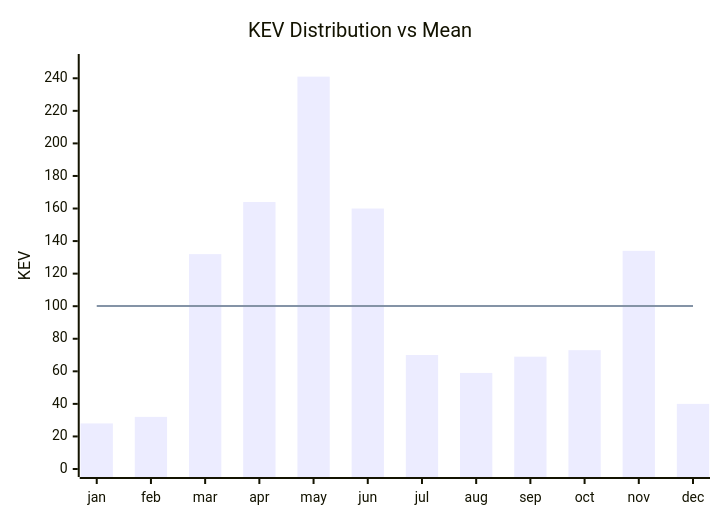
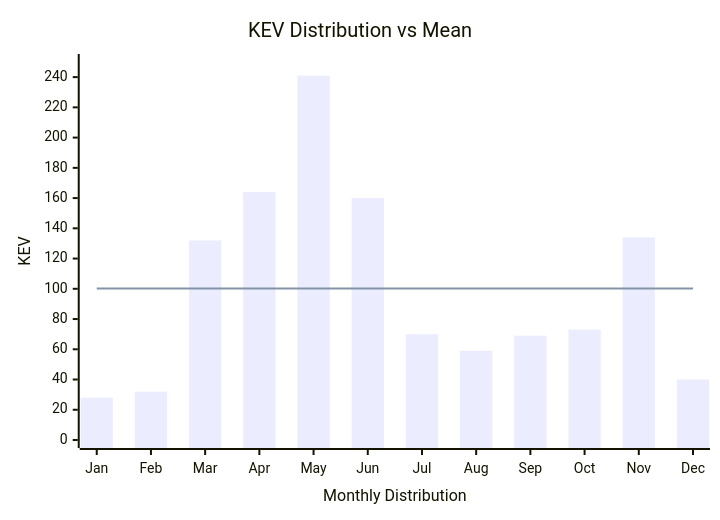
The diagram in mdfiles/cisakev36m.md (myseq/makeshift), drawn with Mermaid before and after one commit. The commit also changed other lines of this file, not shown here.

Commit message:
updated data

````diff
--- a/mdfiles/cisakev36m.md
+++ b/mdfiles/cisakev36m.md
@@ -3,9 +3,9 @@
 ```mermaid
 xychart
     title "KEV Distribution vs Mean"
-    x-axis [jan, feb, mar, apr, may, jun, jul, aug, sep, oct, nov, dec]
+    x-axis "Monthly Distribution" [Jan, Feb, Mar, Apr, May, Jun, Jul, Aug, Sep, Oct, Nov, Dec]
     y-axis "KEV" 0 --> 250
     bar [28, 32, 132, 164, 241, 160, 70, 59, 69, 73, 134, 40]
     line [100.16, 100.16, 100.16, 100.16, 100.16, 100.16, 100.16, 100.16, 100.16, 100.16, 100.16, 100.16]
 
 ```
````
